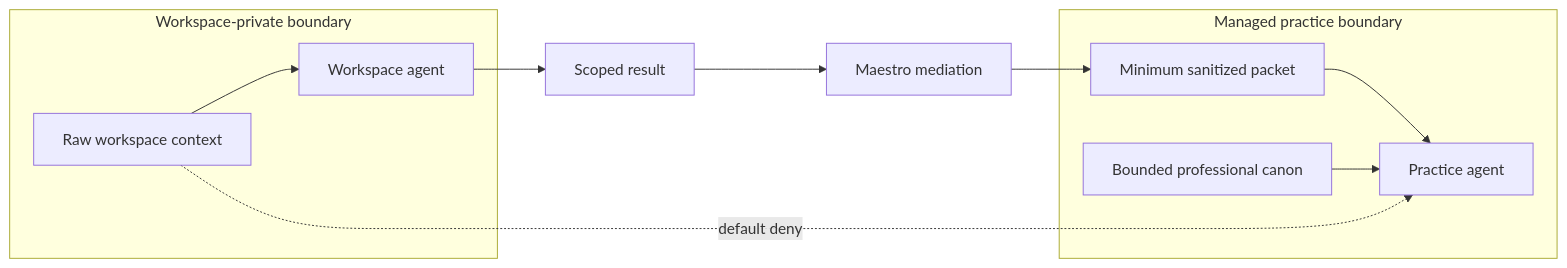
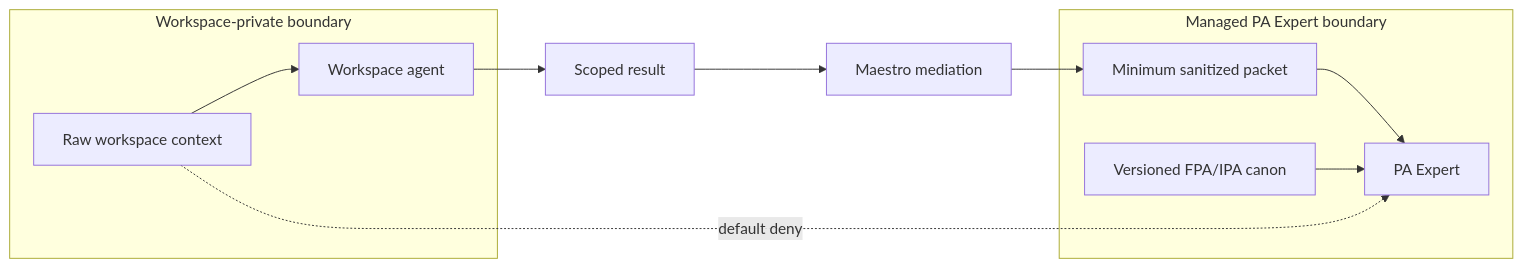
One commit to agentic-os-brasil/bcg-brasil-agentic-os changed the fourth of 5 diagrams in docs/visualizations/maestro-agent-governance.md. Above: the diagram before and after it, drawn with Mermaid. The commit also changed other lines of this file and 30 other files, not shown here.

````diff
--- a/docs/visualizations/maestro-agent-governance.md
+++ b/docs/visualizations/maestro-agent-governance.md
@@ -94,17 +94,17 @@
 ```mermaid
 flowchart LR
     subgraph Private["Workspace-private boundary"]
         Raw["Raw workspace context"] --> Workspace["Workspace agent"]
     end
 
     Workspace --> Scoped["Scoped result"]
     Scoped --> Maestro["Maestro mediation"]
     Maestro --> Sanitized["Minimum sanitized packet"]
 
-    subgraph Managed["Managed practice boundary"]
-        Sanitized --> Practice["Practice agent"]
-        Canon["Bounded professional canon"] --> Practice
+    subgraph Managed["Managed PA Expert boundary"]
+        Sanitized --> PAExpert["PA Expert"]
+        Canon["Versioned FPA/IPA canon"] --> PAExpert
     end
 
-    Raw -.->|default deny| Practice
+    Raw -.->|default deny| PAExpert
 ```
````
